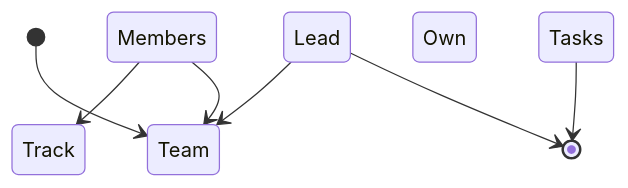
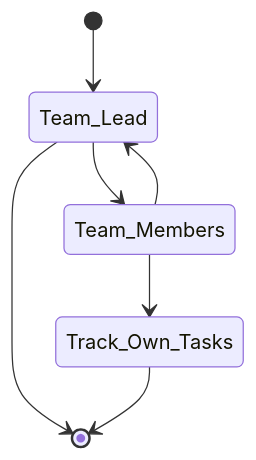
One commit to ChoonKeeGohJQ/EGL314-TeamA-ProjectSpace changed the diagram in README.md. Above: the diagram before and after it, drawn with Mermaid.

````diff
--- a/README.md
+++ b/README.md
@@ -3,10 +3,10 @@
 ```mermaid
 stateDiagram
-    [*] --> Team Lead
-    Team Lead --> [*]
+    [*] --> Team_Lead
+    Team_Lead --> [*]
 
-    Team Lead --> Team Members
-    Team Members --> Team Lead
-    Team Members --> Track Own Tasks
-    Track Own Tasks --> [*]
+    Team_Lead --> Team_Members
+    Team_Members --> Team_Lead
+    Team_Members --> Track_Own_Tasks
+    Track_Own_Tasks --> [*]
 ```
````
